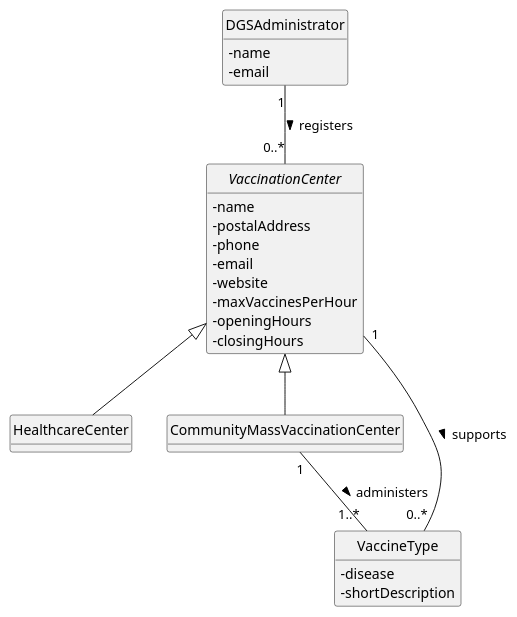
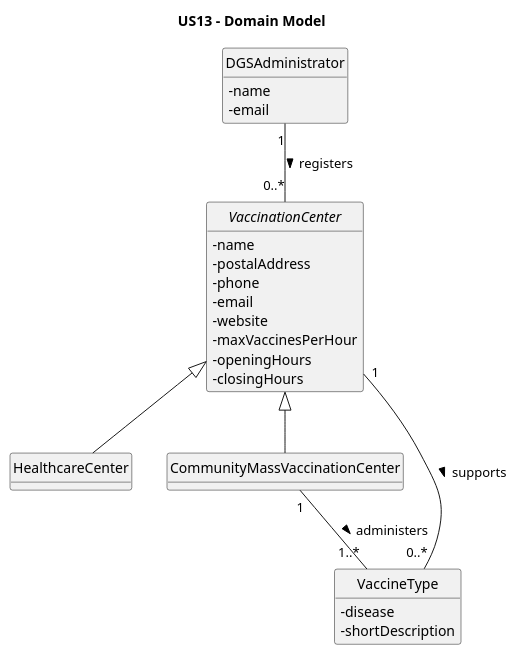
The diagram in docs/system-documentation/US13/puml/US13-DM.puml (luluisfcm/leti-esoft-25-26-B5), drawn with PlantUML before and after one commit. The commit also changed 7 other files, not shown here.

```diff
--- a/docs/system-documentation/US13/puml/US13-DM.puml
+++ b/docs/system-documentation/US13/puml/US13-DM.puml
@@ -1,48 +1,46 @@
 @startuml
 ' https://plantuml.com/class-diagram
+title US13 - Domain Model
 skinparam classAttributeIconSize 0
 hide circle
 hide methods
 
 ' ===================== Administrator =====================
 class DGSAdministrator {
     - name
     - email
 }
 
 ' ===================== Vaccination Centers =====================
 abstract class VaccinationCenter {
     - name
     - postalAddress
     - phone
     - email
     - website
     - maxVaccinesPerHour
     - openingHours
     - closingHours
 }
 
 class HealthcareCenter
 class CommunityMassVaccinationCenter
 
 VaccinationCenter <|-- HealthcareCenter
 VaccinationCenter <|-- CommunityMassVaccinationCenter
 
 ' ===================== Vaccine Type =====================
 class VaccineType {
     - disease
     - shortDescription
 }
 
 ' ===================== Associations =====================
 
-' Administrator registers vaccination centers
 DGSAdministrator "1" -- "0..*" VaccinationCenter : registers >
 
-' AC13-1: Community centers MUST define vaccine types
 CommunityMassVaccinationCenter "1" -- "1..*" VaccineType : administers >
 
-' Other centers may optionally support vaccine types
 VaccinationCenter "1" -- "0..*" VaccineType : supports >
 
 @enduml
```
